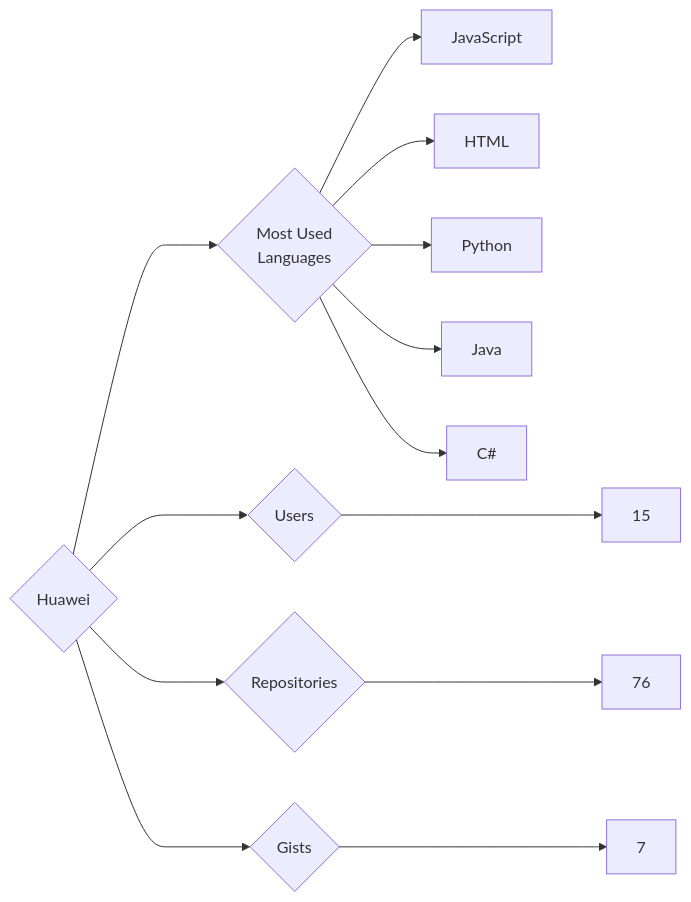
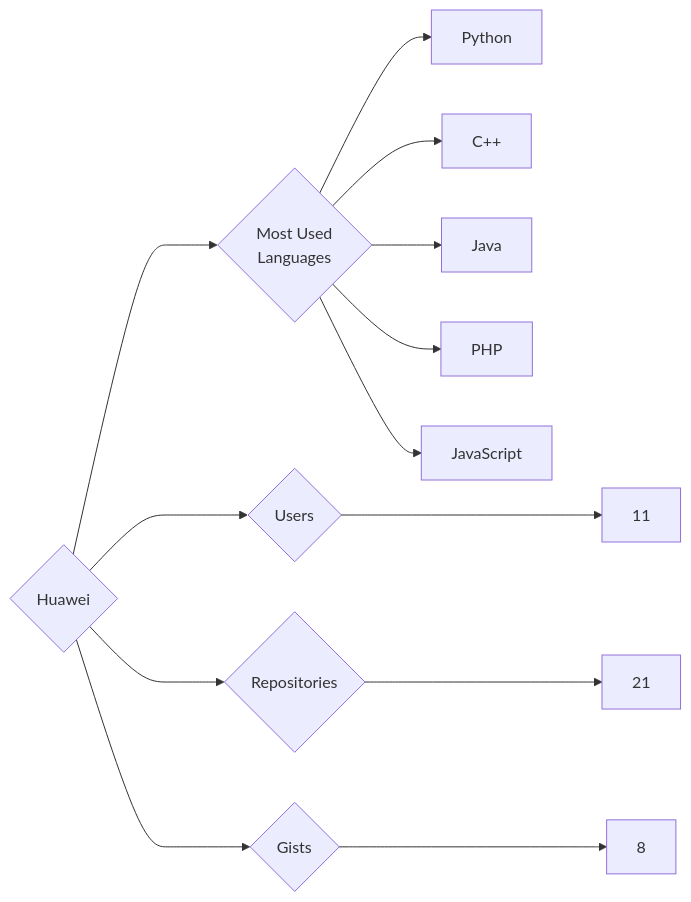
One commit to trickest/insiders changed the diagram in targets/Huawei/README.md. Above: the diagram before and after it, drawn with Mermaid. The commit also changed 1238 other files, not shown here.

````diff
--- a/targets/Huawei/README.md
+++ b/targets/Huawei/README.md
@@ -3,13 +3,13 @@
 ```mermaid
 graph LR
 COMPANY_NAME{Huawei}
-COMPANY_NAME ---> U{Users} ---> UN[15]
-COMPANY_NAME ---> R{Repositories} ---> RN[76]
-COMPANY_NAME ---> G{Gists} ---> GN[7]
+COMPANY_NAME ---> U{Users} ---> UN[11]
+COMPANY_NAME ---> R{Repositories} ---> RN[21]
+COMPANY_NAME ---> G{Gists} ---> GN[8]
 COMPANY_NAME ---> ML{Most Used<br>Languages}
+ML --> Python[Python]
+ML --> C++[C++]
+ML --> Java[Java]
+ML --> PHP[PHP]
 ML --> JavaScript[JavaScript]
-ML --> HTML[HTML]
-ML --> Python[Python]
-ML --> Java[Java]
-ML --> C#[C#]
 ```
````
